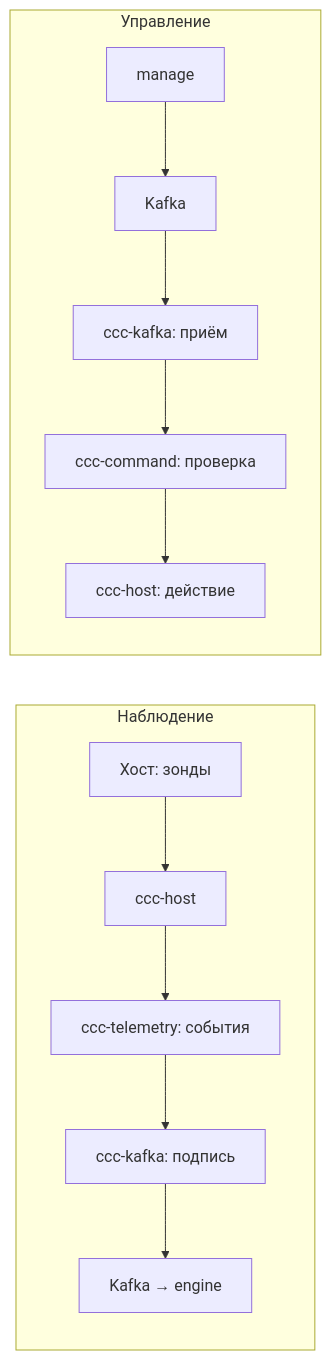
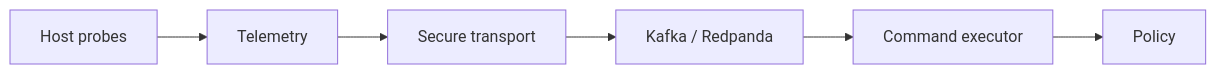
Before and after one commit to TheCipherKeeper/cybercity-collector: the diagram in docs/ARCHITECTURE.md, drawn with Mermaid. The commit also changed other lines of this file and 48 other files, not shown here.

````diff
--- a/docs/ARCHITECTURE.md
+++ b/docs/ARCHITECTURE.md
@@ -59,15 +25,8 @@
 ```mermaid
-graph LR
-  subgraph "Наблюдение"
-    A[Хост: зонды] --> B[ccc-host]
-    B --> C[ccc-telemetry: события]
-    C --> D[ccc-kafka: подпись]
-    D --> E[Kafka → engine]
-  end
-  subgraph "Управление"
-    F[manage] --> G[Kafka]
-    G --> H[ccc-kafka: приём]
-    H --> I[ccc-command: проверка]
-    I --> J[ccc-host: действие]
-  end
+flowchart LR
+    H[Host probes] --> T[Telemetry]
+    T --> K[Secure transport]
+    K --> B[Kafka / Redpanda]
+    B --> C[Command executor]
+    C --> P[Policy]
 ```
````
